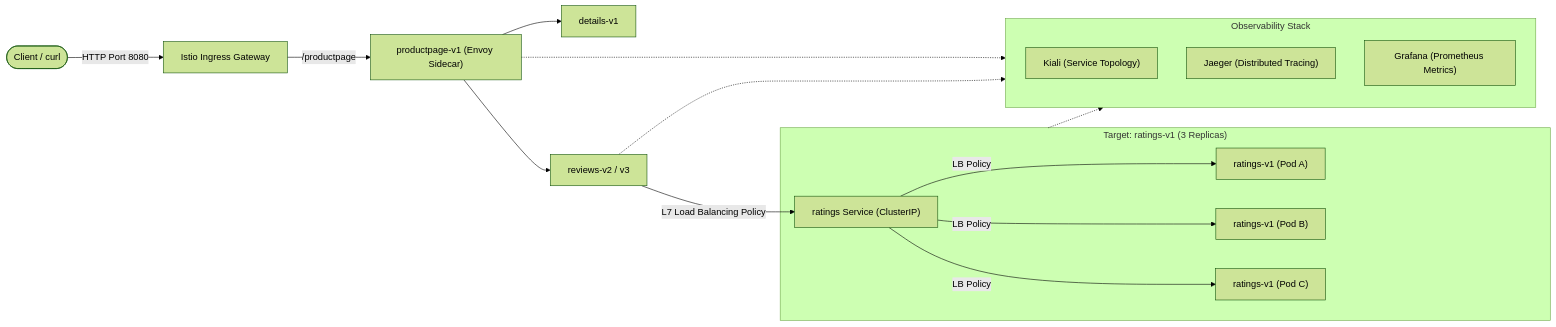
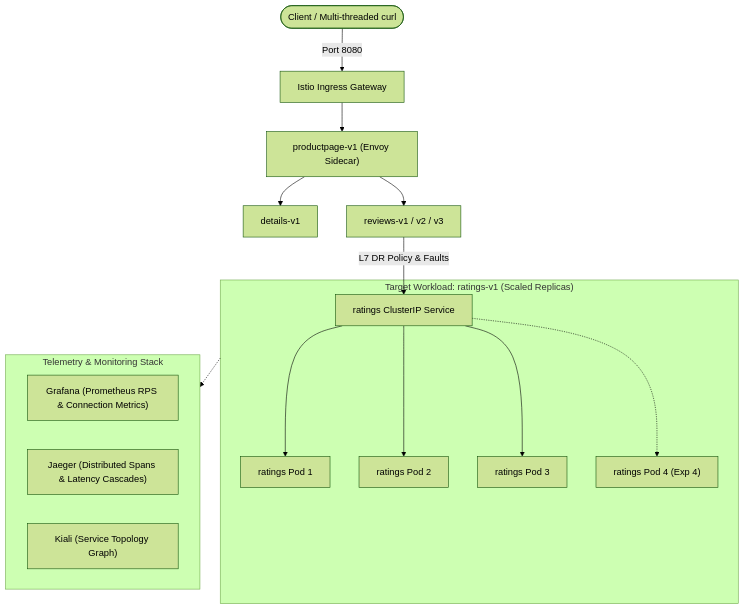
Before and after one commit to ines-benygzer/microservices: the diagram in README.md, drawn with Mermaid (forest theme). The commit also changed other lines of this file and 35 other files, not shown here.

````diff
--- a/README.md
+++ b/README.md
@@ -23,24 +31,23 @@
 ```mermaid
-flowchart LR
-    Client([Client / curl]) -->|HTTP Port 8080| IG[Istio Ingress Gateway]
-    IG -->|/productpage| PP["productpage-v1 (Envoy Sidecar)"]
+flowchart TD
+    Client([Client / Multi-threaded curl]) -->|Port 8080| IG[Istio Ingress Gateway]
+    IG --> PP["productpage-v1 (Envoy Sidecar)"]
     PP --> Det["details-v1"]
-    PP --> Rev["reviews-v2 / v3"]
-    Rev -->|L7 Load Balancing Policy| RatingsService["ratings Service (ClusterIP)"]
+    PP --> Rev["reviews-v1 / v2 / v3"]
+    Rev -->|L7 DR Policy & Faults| RatingsService["ratings ClusterIP Service"]
 
-    subgraph Load_Balancing_Target["Target: ratings-v1 (3 Replicas)"]
-        RatingsService -->|LB Policy| R1["ratings-v1 (Pod A)"]
-        RatingsService -->|LB Policy| R2["ratings-v1 (Pod B)"]
-        RatingsService -->|LB Policy| R3["ratings-v1 (Pod C)"]
+    subgraph Ratings_Cluster["Target Workload: ratings-v1 (Scaled Replicas)"]
+        RatingsService --> PodA["ratings Pod 1"]
+        RatingsService --> PodB["ratings Pod 2"]
+        RatingsService --> PodC["ratings Pod 3"]
+        RatingsService -.-> PodD["ratings Pod 4 (Exp 4)"]
     end
 
-    subgraph Telemetry["Observability Stack"]
-        Kiali["Kiali (Service Topology)"]
-        Jaeger["Jaeger (Distributed Tracing)"]
-        Grafana["Grafana (Prometheus Metrics)"]
+    subgraph Observability_Stack["Telemetry & Monitoring Stack"]
+        Grafana["Grafana (Prometheus RPS & Connection Metrics)"]
+        Jaeger["Jaeger (Distributed Spans & Latency Cascades)"]
+        Kiali["Kiali (Service Topology Graph)"]
     end
 
-    PP -.-> Telemetry
-    Rev -.-> Telemetry
-    Load_Balancing_Target -.-> Telemetry
+    Ratings_Cluster -.-> Observability_Stack
 ```
````
